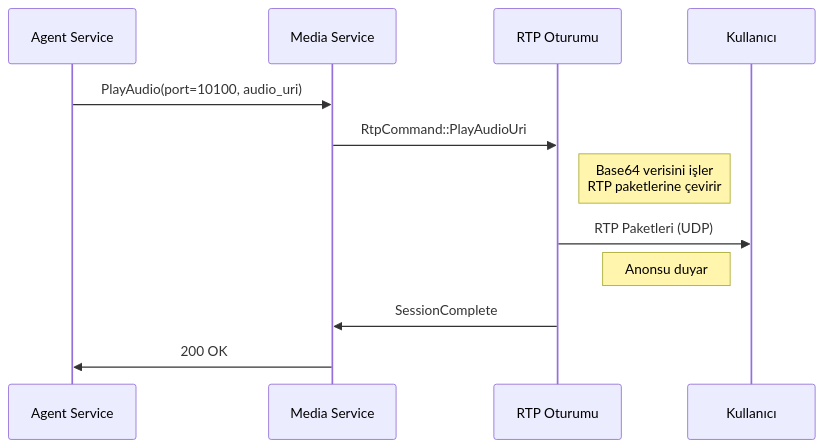
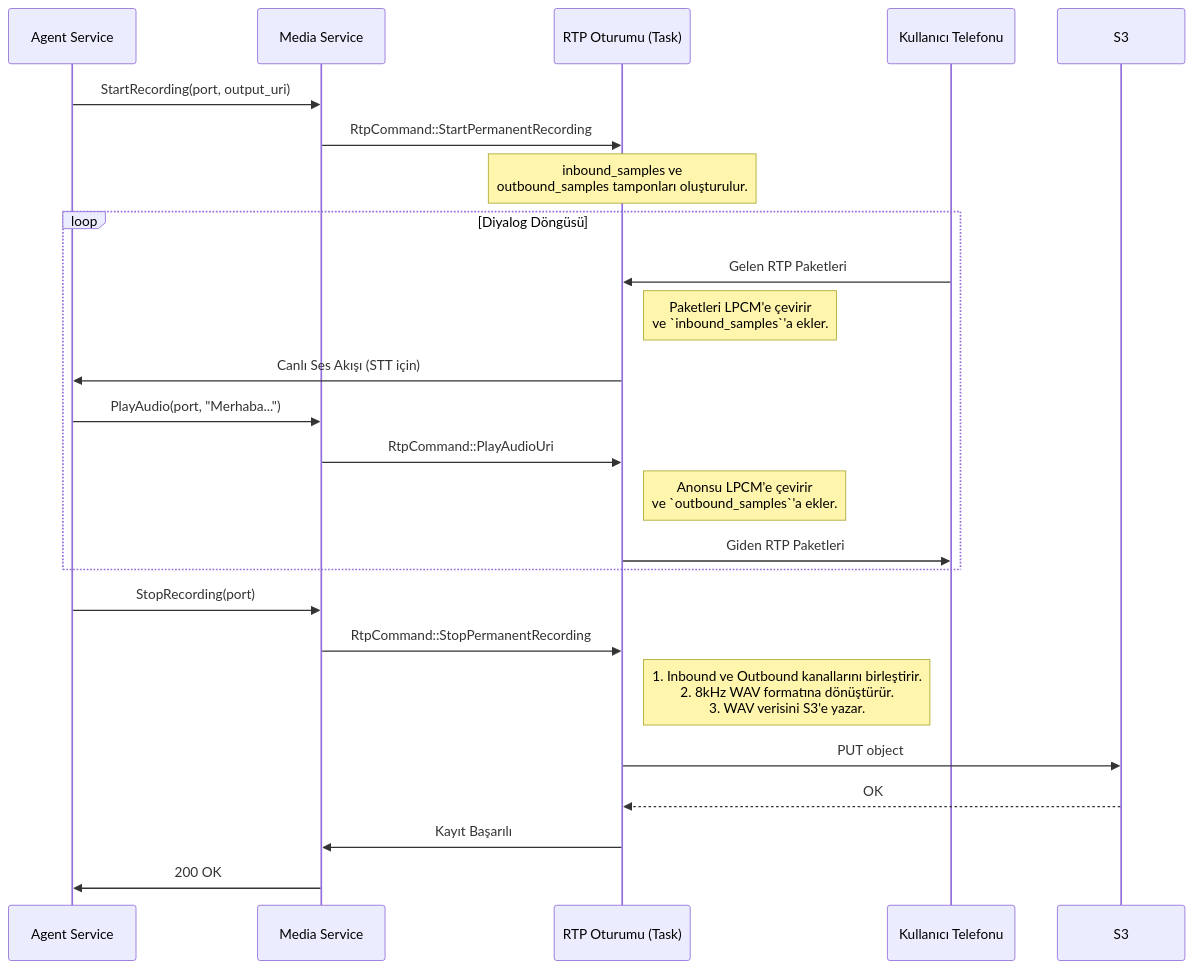
One commit to sentiric/sentiric-media-service changed the diagram in LOGIC.md. Above: the diagram before and after it, drawn with Mermaid. The commit also changed other lines of this file and 2 other files, not shown here.

First line of the commit message:
docs(media): Update documentation for resilient architecture and bug fixes

````diff
--- a/LOGIC.md
+++ b/LOGIC.md
@@ -41,15 +36,31 @@
 ```mermaid
 sequenceDiagram
     participant A as Agent Service
     participant M as Media Service
-    participant R as RTP Oturumu
-    participant U as Kullanıcı
+    participant R as RTP Oturumu (Task)
+    participant U as Kullanıcı Telefonu
+    participant S3
 
-    A->>M: PlayAudio(port=10100, audio_uri)
-    M->>R: RtpCommand::PlayAudioUri
-    Note right of R: Base64 verisini işler<br>RTP paketlerine çevirir
-    R->>U: RTP Paketleri (UDP)
-    Note left of U: Anonsu duyar
-    R->>M: SessionComplete
+    A->>M: StartRecording(port, output_uri)
+    M->>R: RtpCommand::StartPermanentRecording
+    Note over R: inbound_samples ve<br/>outbound_samples tamponları oluşturulur.
+    
+    loop Diyalog Döngüsü
+        U->>R: Gelen RTP Paketleri
+        Note right of R: Paketleri LPCM'e çevirir<br/>ve `inbound_samples`'a ekler.
+        R->>A: Canlı Ses Akışı (STT için)
+
+        A->>M: PlayAudio(port, "Merhaba...")
+        M->>R: RtpCommand::PlayAudioUri
+        Note right of R: Anonsu LPCM'e çevirir<br/>ve `outbound_samples`'a ekler.
+        R->>U: Giden RTP Paketleri
+    end
+
+    A->>M: StopRecording(port)
+    M->>R: RtpCommand::StopPermanentRecording
+    Note right of R: 1. Inbound ve Outbound kanallarını birleştirir.<br/>2. 8kHz WAV formatına dönüştürür.<br/>3. WAV verisini S3'e yazar.
+    R->>S3: PUT object
+    S3-->>R: OK
+    R->>M: Kayıt Başarılı
     M->>A: 200 OK
 ```
````
